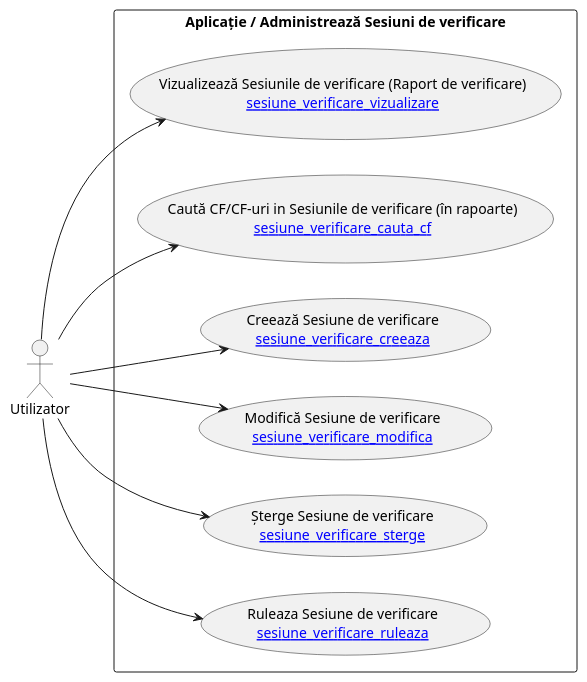
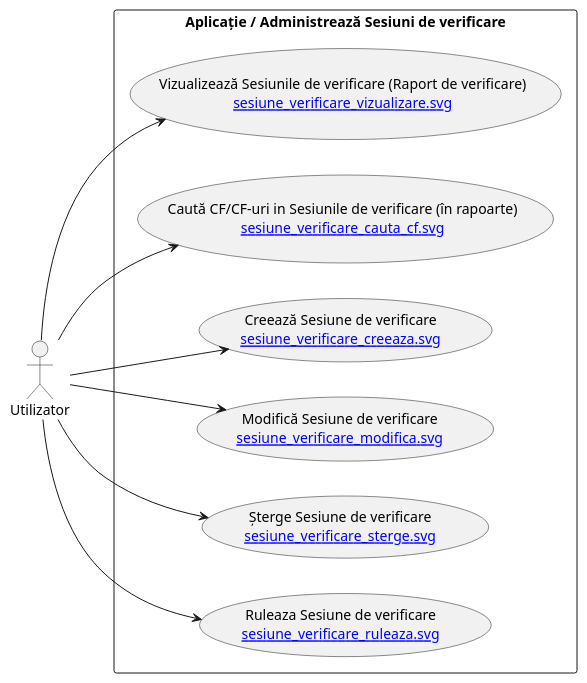
One commit to KMX-Systems/uat changed the diagram in sesiune_verificare_admin.puml. Above: the diagram before and after it, drawn with PlantUML. The commit also changed 14 other files, not shown here.

```diff
--- a/sesiune_verificare_admin.puml
+++ b/sesiune_verificare_admin.puml
@@ -1,18 +1,18 @@
 @startuml
 left to right direction
 actor "Utilizator" as user
 rectangle "Aplicație / Administrează Sesiuni de verificare" {
-  usecase "Vizualizează Sesiunile de verificare (Raport de verificare)\n[[sesiune_verificare_vizualizare]]" as UC1
-  usecase "Caută CF/CF-uri in Sesiunile de verificare (în rapoarte)\n[[sesiune_verificare_cauta_cf]]" as UC2
-  usecase "Creează Sesiune de verificare\n[[sesiune_verificare_creeaza]]" as UC3
-  usecase "Modifică Sesiune de verificare\n[[sesiune_verificare_modifica]]" as UC4
-  usecase "Șterge Sesiune de verificare\n[[sesiune_verificare_sterge]]" as UC5
-  usecase "Ruleaza Sesiune de verificare\n[[sesiune_verificare_ruleaza]]" as UC6
+  usecase "Vizualizează Sesiunile de verificare (Raport de verificare)\n[[sesiune_verificare_vizualizare.svg]]" as UC1
+  usecase "Caută CF/CF-uri in Sesiunile de verificare (în rapoarte)\n[[sesiune_verificare_cauta_cf.svg]]" as UC2
+  usecase "Creează Sesiune de verificare\n[[sesiune_verificare_creeaza.svg]]" as UC3
+  usecase "Modifică Sesiune de verificare\n[[sesiune_verificare_modifica.svg]]" as UC4
+  usecase "Șterge Sesiune de verificare\n[[sesiune_verificare_sterge.svg]]" as UC5
+  usecase "Ruleaza Sesiune de verificare\n[[sesiune_verificare_ruleaza.svg]]" as UC6
 }
 user --> UC1
 user --> UC2
 user --> UC3
 user --> UC4
 user --> UC5
 user --> UC6
 @enduml
```
